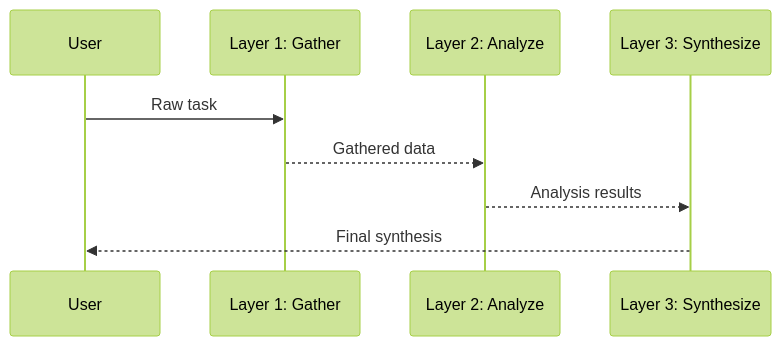
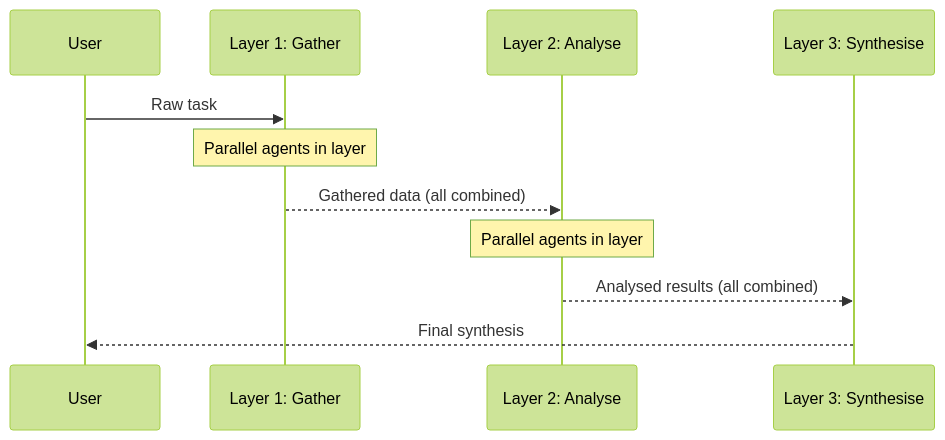
The diagram in docs/patterns/structural/layered.md (pyagent-core/pyagent), drawn with Mermaid (forest theme) before and after one commit. The commit also changed other lines of this file and 152 other files, not shown here.

````diff
--- a/docs/patterns/structural/layered.md
+++ b/docs/patterns/structural/layered.md
@@ -7,12 +12,14 @@
 ```mermaid
 sequenceDiagram
     participant U as User
     participant L1 as Layer 1: Gather
-    participant L2 as Layer 2: Analyze
-    participant L3 as Layer 3: Synthesize
+    participant L2 as Layer 2: Analyse
+    participant L3 as Layer 3: Synthesise
 
     U->>L1: Raw task
-    L1-->>L2: Gathered data
-    L2-->>L3: Analysis results
+    note over L1: Parallel agents in layer
+    L1-->>L2: Gathered data (all combined)
+    note over L2: Parallel agents in layer
+    L2-->>L3: Analysed results (all combined)
     L3-->>U: Final synthesis
 ```
````
